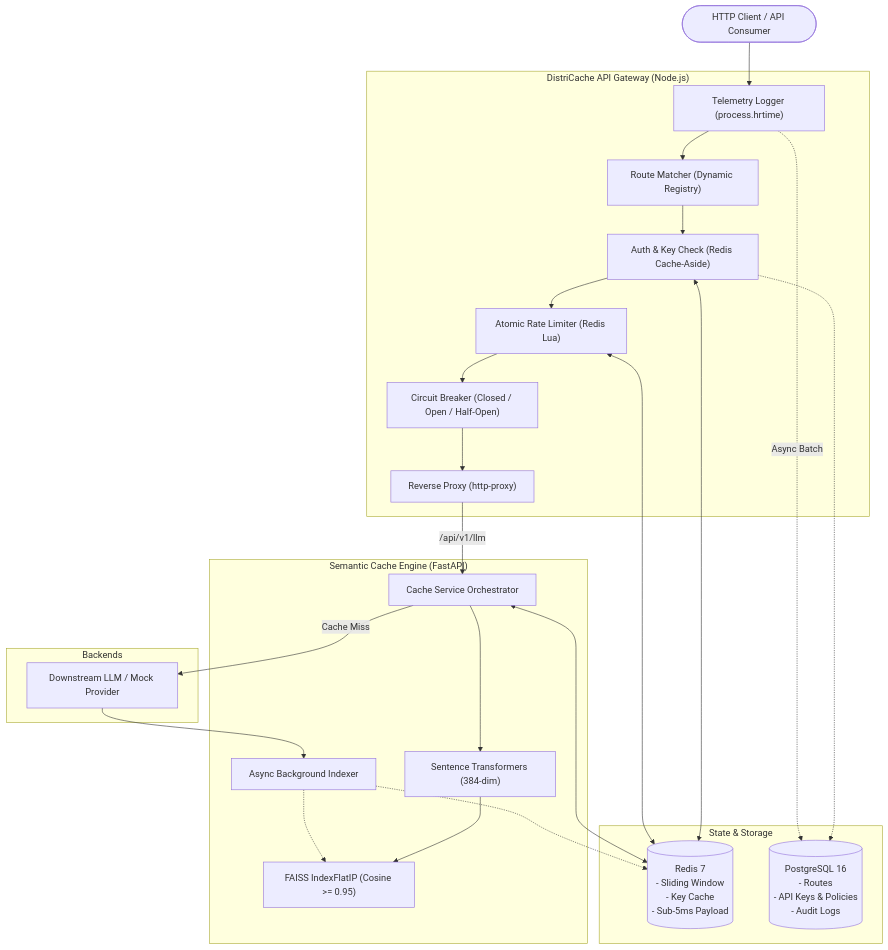
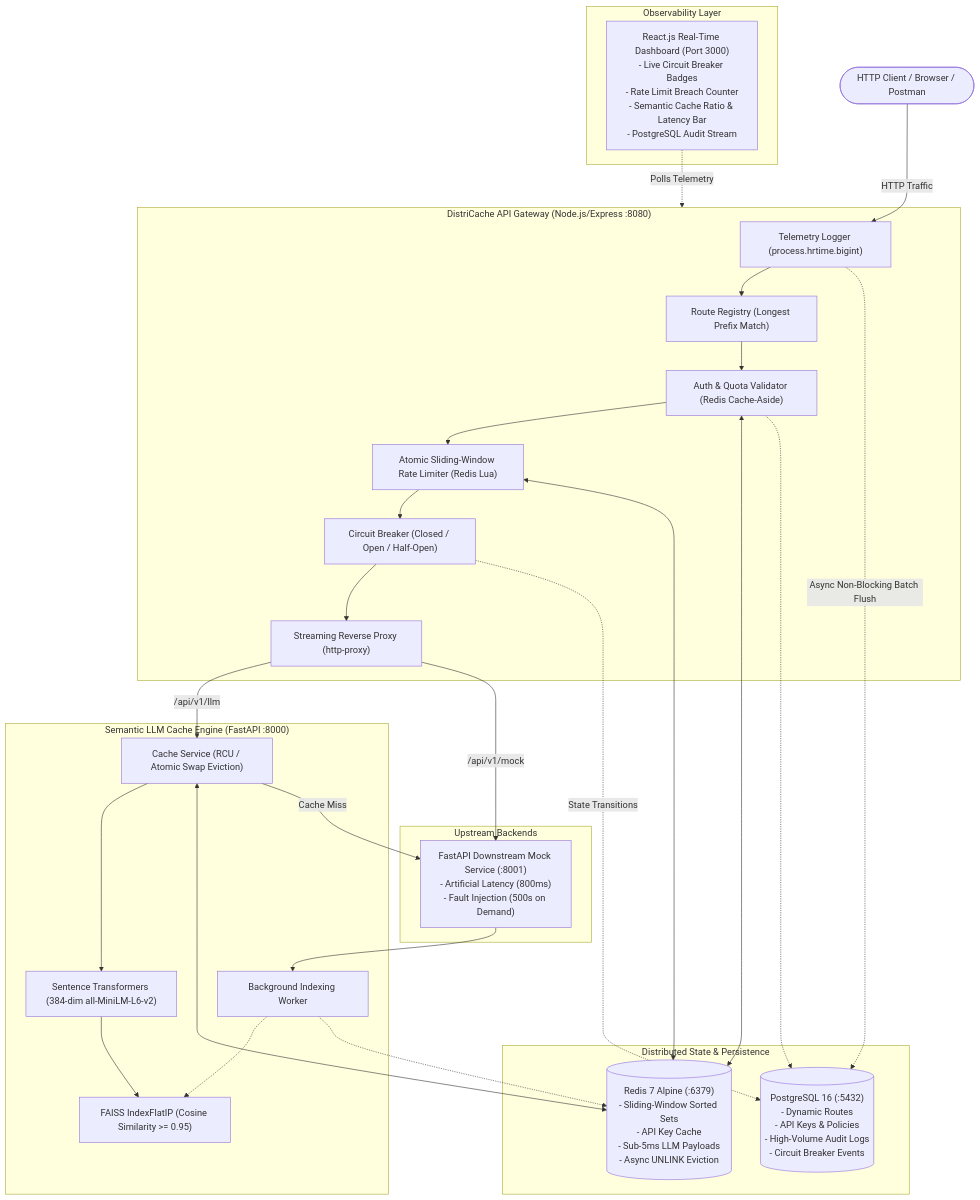
Before and after one commit to Ayushman-40020220/DistriCache: the diagram in README.md, drawn with Mermaid. The commit also changed other lines of this file and 10 other files, not shown here.

Commit message:
feat: implement Phase 3 real-time React dashboard, Postman suite v3, and production documentation

````diff
--- a/README.md
+++ b/README.md
@@ -26,40 +26,48 @@
 ```mermaid
 flowchart TD
-    Client(["HTTP Client / API Consumer"])
+    Client(["HTTP Client / Browser / Postman"])
     
-    subgraph Gateway ["DistriCache API Gateway (Node.js)"]
-        Telemetry["Telemetry Logger (process.hrtime)"]
-        Router["Route Matcher (Dynamic Registry)"]
-        Auth["Auth & Key Check (Redis Cache-Aside)"]
-        Limiter["Atomic Rate Limiter (Redis Lua)"]
-        CB["Circuit Breaker (Closed / Open / Half-Open)"]
-        Proxy["Reverse Proxy (http-proxy)"]
+    subgraph UI ["Observability Layer"]
+        Dashboard["React.js Real-Time Dashboard (Port 3000)\n- Live Circuit Breaker Badges\n- Rate Limit Breach Counter\n- Semantic Cache Ratio & Latency Bar\n- PostgreSQL Audit Stream"]
     end
 
-    subgraph Storage ["State & Storage"]
-        Redis[("Redis 7\n- Sliding Window\n- Key Cache\n- Sub-5ms Payload")]
-        Postgres[("PostgreSQL 16\n- Routes\n- API Keys & Policies\n- Audit Logs")]
+    subgraph Gateway ["DistriCache API Gateway (Node.js/Express :8080)"]
+        Telemetry["Telemetry Logger (process.hrtime.bigint)"]
+        Router["Route Registry (Longest Prefix Match)"]
+        Auth["Auth & Quota Validator (Redis Cache-Aside)"]
+        Limiter["Atomic Sliding-Window Rate Limiter (Redis Lua)"]
+        CB["Circuit Breaker (Closed / Open / Half-Open)"]
+        Proxy["Streaming Reverse Proxy (http-proxy)"]
     end
 
-    subgraph SemanticCache ["Semantic Cache Engine (FastAPI)"]
-        ST["Sentence Transformers (384-dim)"]
-        FAISS["FAISS IndexFlatIP (Cosine >= 0.95)"]
-        CacheService["Cache Service Orchestrator"]
-        AsyncWorker["Async Background Indexer"]
+    subgraph Storage ["Distributed State & Persistence"]
+        Redis[("Redis 7 Alpine (:6379)\n- Sliding-Window Sorted Sets\n- API Key Cache\n- Sub-5ms LLM Payloads\n- Async UNLINK Eviction")]
+        Postgres[("PostgreSQL 16 (:5432)\n- Dynamic Routes\n- API Keys & Policies\n- High-Volume Audit Logs\n- Circuit Breaker Events")]
     end
 
-    subgraph Upstream ["Backends"]
-        MockLLM["Downstream LLM / Mock Provider"]
+    subgraph SemanticEngine ["Semantic LLM Cache Engine (FastAPI :8000)"]
+        ST["Sentence Transformers (384-dim all-MiniLM-L6-v2)"]
+        FAISS["FAISS IndexFlatIP (Cosine Similarity >= 0.95)"]
+        CacheService["Cache Service (RCU / Atomic Swap Eviction)"]
+        AsyncWorker["Background Indexing Worker"]
     end
 
-    Client --> Telemetry --> Router --> Auth --> Limiter --> CB --> Proxy
+    subgraph Downstream ["Upstream Backends"]
+        MockLLM["FastAPI Downstream Mock Service (:8001)\n- Artificial Latency (800ms)\n- Fault Injection (500s on Demand)"]
+    end
+
+    Client -->|HTTP Traffic| Telemetry
+    Dashboard -.->|Polls Telemetry| Gateway
+    Telemetry --> Router --> Auth --> Limiter --> CB --> Proxy
     Auth <--> Redis
     Auth -.-> Postgres
     Limiter <--> Redis
     Proxy -->|/api/v1/llm| CacheService
+    Proxy -->|/api/v1/mock| MockLLM
     CacheService --> ST --> FAISS
     CacheService <--> Redis
     CacheService -->|Cache Miss| MockLLM
     MockLLM --> AsyncWorker -.-> FAISS & Redis
-    Telemetry -.->|Async Batch| Postgres
+    Telemetry -.->|Async Non-Blocking Batch Flush| Postgres
+    CB -.->|State Transitions| Postgres
 ```
````
